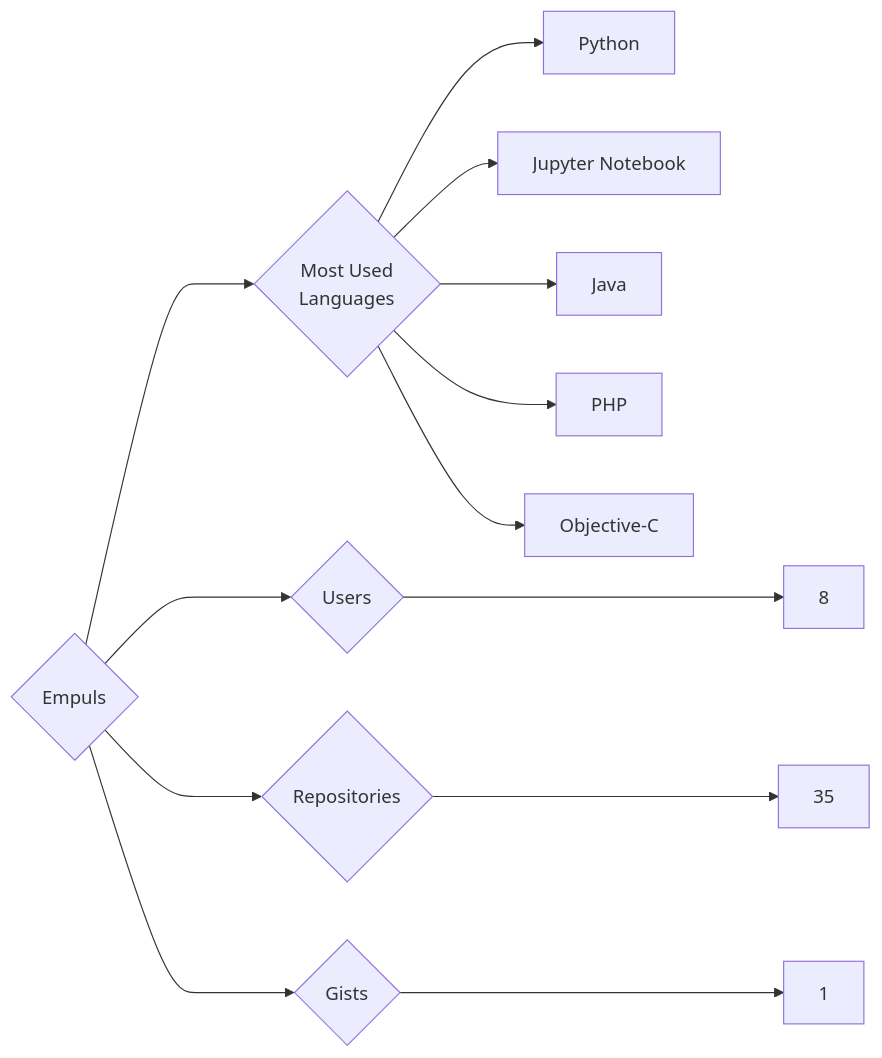
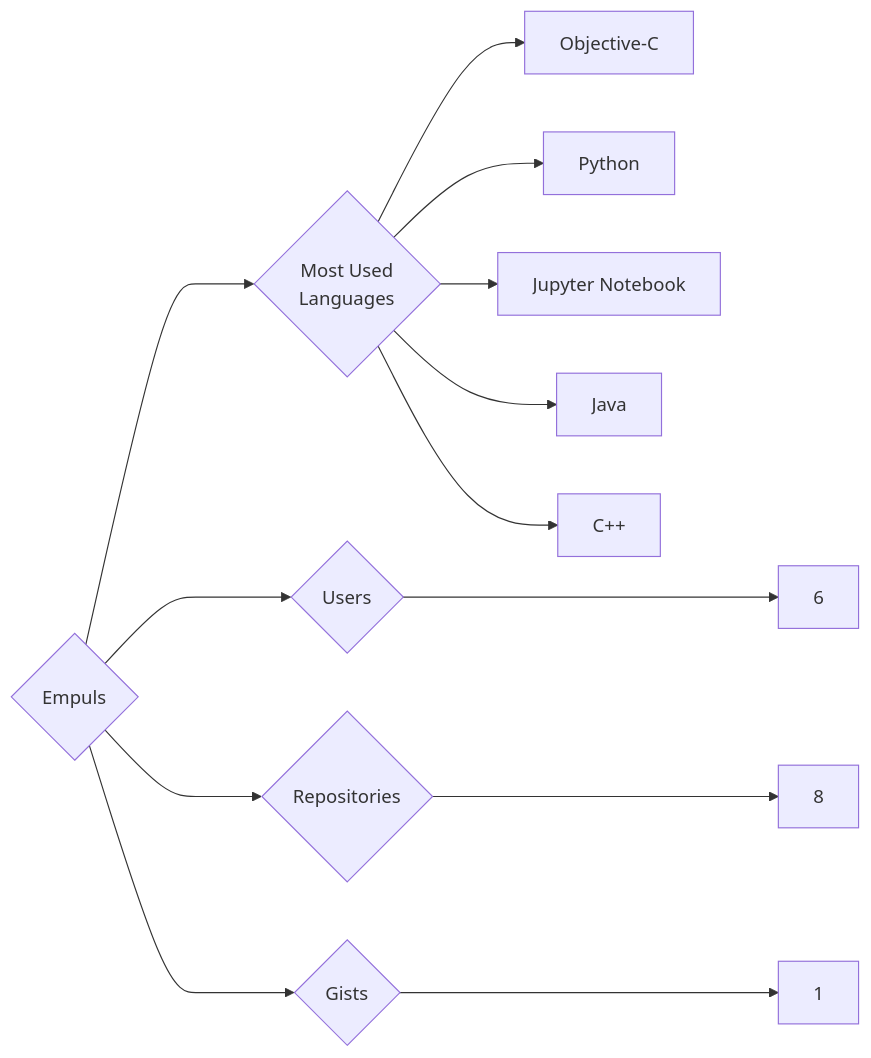
Before and after one commit to trickest/insiders: the diagram in targets/Empuls/README.md, drawn with Mermaid. The commit also changed 559 other files, not shown here.

````diff
--- a/targets/Empuls/README.md
+++ b/targets/Empuls/README.md
@@ -3,13 +3,13 @@
 ```mermaid
 graph LR
 COMPANY_NAME{Empuls}
-COMPANY_NAME ---> U{Users} ---> UN[8]
-COMPANY_NAME ---> R{Repositories} ---> RN[35]
+COMPANY_NAME ---> U{Users} ---> UN[6]
+COMPANY_NAME ---> R{Repositories} ---> RN[8]
 COMPANY_NAME ---> G{Gists} ---> GN[1]
 COMPANY_NAME ---> ML{Most Used<br>Languages}
+ML --> Objective-C[Objective-C]
 ML --> Python[Python]
 ML --> Jupyter_Notebook[Jupyter Notebook]
 ML --> Java[Java]
-ML --> PHP[PHP]
-ML --> Objective-C[Objective-C]
+ML --> C++[C++]
 ```
````
